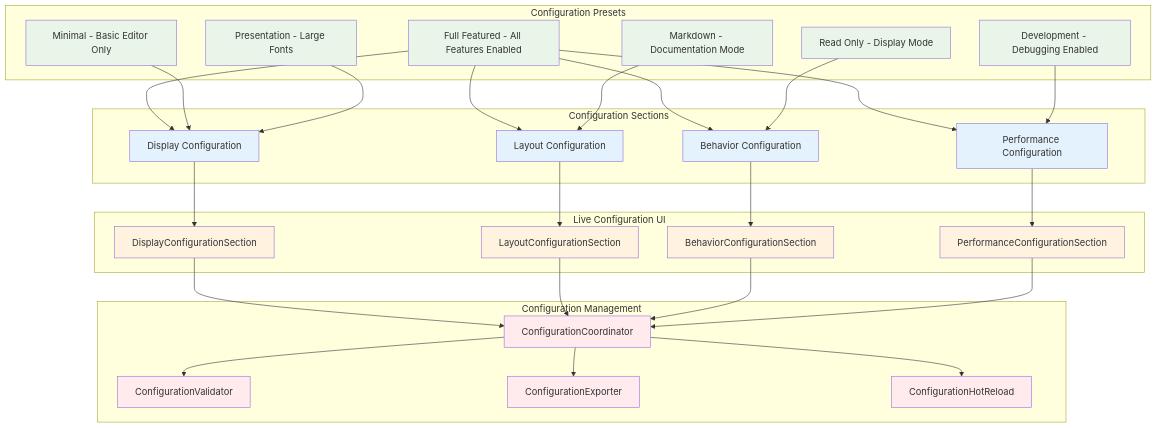
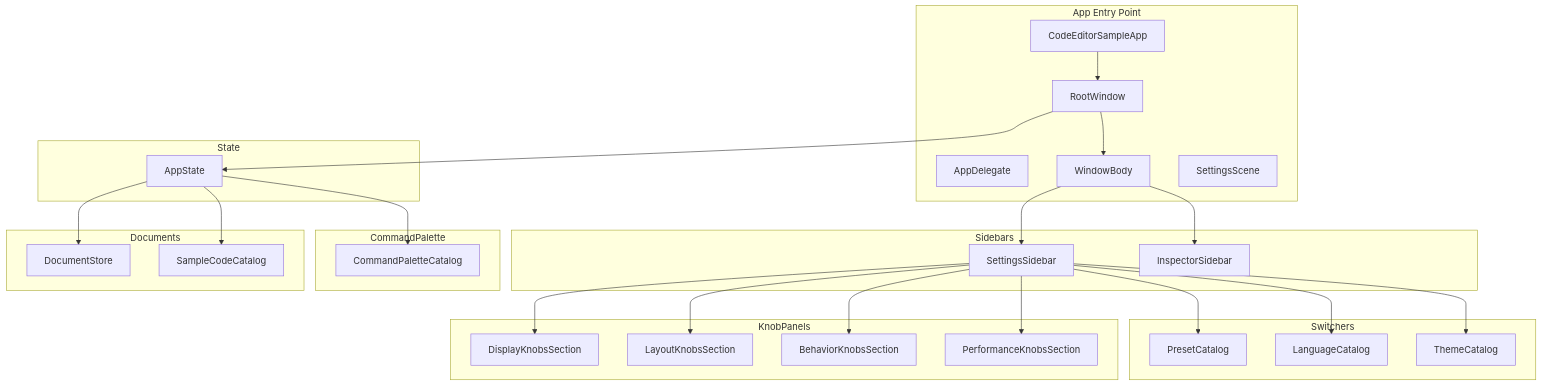
One commit to ajmcclary/CodeEditorKit changed the third of 3 diagrams in Diagrams/26-sample-dependencies.md. Above: the diagram before and after it, drawn with Mermaid. The commit also changed other lines of this file and 12 other files, not shown here.

First line of the commit message:
Update package dependencies and architecture diagrams for CodeEditorPlugin

````diff
--- a/Diagrams/26-sample-dependencies.md
+++ b/Diagrams/26-sample-dependencies.md
@@ -277,71 +50,57 @@
 ```mermaid
 flowchart TB
-    subgraph "Configuration Presets"
-        FullFeatured[Full Featured - All Features Enabled]
-        Minimal[Minimal - Basic Editor Only]
-        ReadOnly[Read Only - Display Mode]
-        Markdown[Markdown - Documentation Mode]
-        Presentation[Presentation - Large Fonts]
-        Development[Development - Debugging Enabled]
+    subgraph "App Entry Point"
+        App[CodeEditorSampleApp]
+        Delegate[AppDelegate]
+        RootWindow[RootWindow]
+        WindowBody[WindowBody]
+        SettingsScene[SettingsScene]
     end
 
-    subgraph "Configuration Sections"
-        Display[Display Configuration]
-        Layout[Layout Configuration]
-        Behavior[Behavior Configuration]
-        Performance[Performance Configuration]
+    subgraph "State"
+        AppState[AppState]
     end
 
-    subgraph "Live Configuration UI"
-        DisplaySection[DisplayConfigurationSection]
-        LayoutSection[LayoutConfigurationSection]
-        BehaviorSection[BehaviorConfigurationSection]
-        PerformanceSection[PerformanceConfigurationSection]
+    subgraph "Documents"
+        DocStore[DocumentStore]
+        Catalog[SampleCodeCatalog]
     end
 
-    subgraph "Configuration Management"
-        Coordinator[ConfigurationCoordinator]
-        Validator[ConfigurationValidator]
-        Exporter[ConfigurationExporter]
-        HotReload[ConfigurationHotReload]
+    subgraph "KnobPanels"
+        Display[DisplayKnobsSection]
+        Layout[LayoutKnobsSection]
+        Behavior[BehaviorKnobsSection]
+        Perf[PerformanceKnobsSection]
     end
 
-    %% Preset to Configuration Mapping
-    FullFeatured --> Display
-    FullFeatured --> Layout
-    FullFeatured --> Behavior
-    FullFeatured --> Performance
+    subgraph "Sidebars"
+        Settings[SettingsSidebar]
+        Inspector[InspectorSidebar]
+    end
 
-    Minimal --> Display
-    ReadOnly --> Behavior
-    Markdown --> Layout
-    Presentation --> Display
-    Development --> Performance
+    subgraph "Switchers"
+        Presets[PresetCatalog]
+        Languages[LanguageCatalog]
+        Themes[ThemeCatalog]
+    end
 
-    %% Configuration to UI Mapping
-    Display --> DisplaySection
-    Layout --> LayoutSection
-    Behavior --> BehaviorSection
-    Performance --> PerformanceSection
+    subgraph "CommandPalette"
+        CmdPalette[CommandPaletteCatalog]
+    end
 
-    %% Management Dependencies
-    DisplaySection --> Coordinator
-    LayoutSection --> Coordinator
-    BehaviorSection --> Coordinator
-    PerformanceSection --> Coordinator
-
-    Coordinator --> Validator
-    Coordinator --> Exporter
-    Coordinator --> HotReload
-
-    %% Styling
-    classDef presets fill:#e8f5e8
-    classDef config fill:#e3f2fd
-    classDef ui fill:#fff3e0
-    classDef management fill:#ffebee
-
-    class FullFeatured,Minimal,ReadOnly,Markdown,Presentation,Development presets
-    class Display,Layout,Behavior,Performance config
-    class DisplaySection,LayoutSection,BehaviorSection,PerformanceSection ui
-    class Coordinator,Validator,Exporter,HotReload management
+    App --> RootWindow
+    RootWindow --> AppState
+    RootWindow --> WindowBody
+    WindowBody --> Settings
+    WindowBody --> Inspector
+    Settings --> Display
+    Settings --> Layout
+    Settings --> Behavior
+    Settings --> Perf
+    Settings --> Presets
+    Settings --> Languages
+    Settings --> Themes
+    AppState --> DocStore
+    AppState --> Catalog
+    AppState --> CmdPalette
 ```
````
